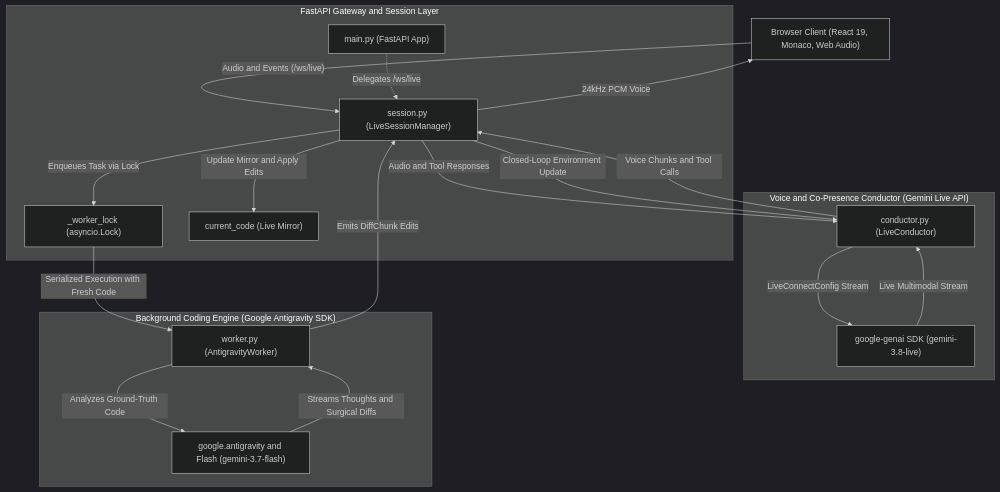
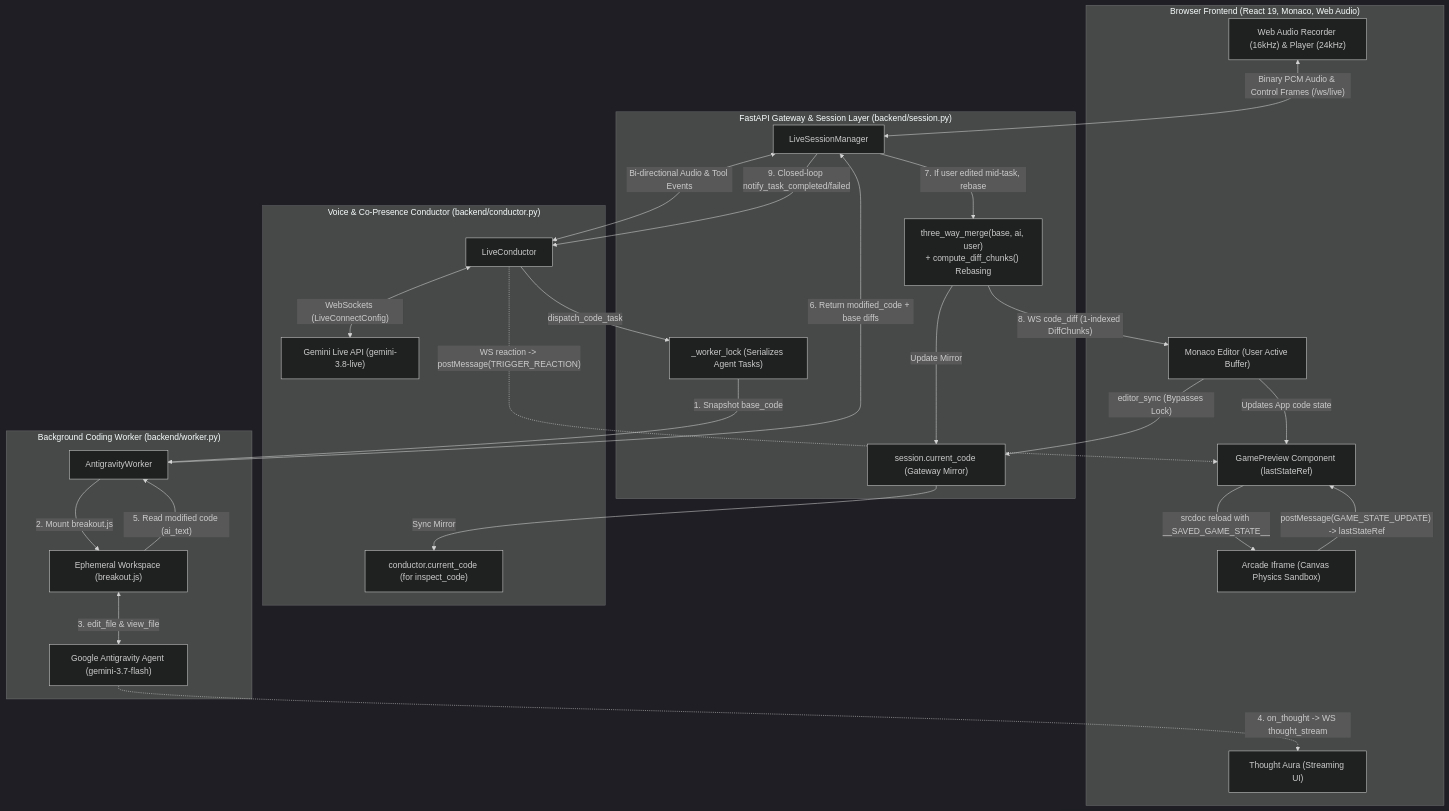
The diagram in BACKEND.md (AndrewMason7/gemini-player-2), drawn with Mermaid (dark theme) before and after one commit. The commit also changed 1 other file, not shown here.

Commit message:
docs(arch): sync BACKEND.md diagram with README and refine exact component hops

````diff
--- a/BACKEND.md
+++ b/BACKEND.md
@@ -19,37 +19,57 @@
 ```mermaid
 flowchart TD
-    Client["Browser Client (React 19, Monaco, Web Audio)"]
-    
-    subgraph Gateway ["FastAPI Gateway and Session Layer"]
-        Main["main.py (FastAPI App)"]
-        Session["session.py (LiveSessionManager)"]
-        Lock["_worker_lock (asyncio.Lock)"]
-        Mirror["current_code (Live Mirror)"]
-    end
-    
-    subgraph ConductorEngine ["Voice and Co-Presence Conductor (Gemini Live API)"]
-        Conductor["conductor.py (LiveConductor)"]
-        GeminiLive["google-genai SDK (gemini-3.8-live)"]
+    subgraph Frontend ["Browser Frontend (React 19, Monaco, Web Audio)"]
+        Monaco["Monaco Editor (User Active Buffer)"]
+        GamePreview["GamePreview Component (lastStateRef)"]
+        ArcadeIframe["Arcade Iframe (Canvas Physics Sandbox)"]
+        ThoughtAura["Thought Aura (Streaming UI)"]
+        AudioIO["Web Audio Recorder (16kHz) & Player (24kHz)"]
     end
 
-    subgraph CodingEngine ["Background Coding Engine (Google Antigravity SDK)"]
-        Worker["worker.py (AntigravityWorker)"]
-        FlashModel["google.antigravity and Flash (gemini-3.7-flash)"]
+    subgraph Gateway ["FastAPI Gateway & Session Layer (backend/session.py)"]
+        Session["LiveSessionManager"]
+        WorkerLock["_worker_lock (Serializes Agent Tasks)"]
+        ThreeWayMerge["three_way_merge(base, ai, user)\n+ compute_diff_chunks() Rebasing"]
+        SessionCode["session.current_code (Gateway Mirror)"]
     end
 
-    Client -->|"Audio and Events (/ws/live)"| Session
-    Session -->|"24kHz PCM Voice"| Client
-    Main -.->|"Delegates /ws/live"| Session
-    Session -->|"Audio and Tool Responses"| Conductor
-    Conductor -->|"Voice Chunks and Tool Calls"| Session
-    Conductor -->|"LiveConnectConfig Stream"| GeminiLive
-    GeminiLive -->|"Live Multimodal Stream"| Conductor
-    
-    Session -->|"Enqueues Task via Lock"| Lock
-    Lock -->|"Serialized Execution with Fresh Code"| Worker
-    Worker -->|"Analyzes Ground-Truth Code"| FlashModel
-    FlashModel -->|"Streams Thoughts and Surgical Diffs"| Worker
-    Worker -->|"Emits DiffChunk Edits"| Session
-    Session -->|"Update Mirror and Apply Edits"| Mirror
-    Session -->|"Closed-Loop Environment Update"| Conductor
+    subgraph ConductorEngine ["Voice & Co-Presence Conductor (backend/conductor.py)"]
+        Conductor["LiveConductor"]
+        ConductorMirror["conductor.current_code (for inspect_code)"]
+        GeminiLive["Gemini Live API (gemini-3.8-live)"]
+    end
+
+    subgraph CodingEngine ["Background Coding Worker (backend/worker.py)"]
+        Worker["AntigravityWorker"]
+        Workspace["Ephemeral Workspace (breakout.js)"]
+        FlashModel["Google Antigravity Agent (gemini-3.7-flash)"]
+    end
+
+    %% User Audio & Interaction Flow
+    AudioIO <-->|"Binary PCM Audio & Control Frames (/ws/live)"| Session
+    Monaco -->|"editor_sync (Bypasses Lock)"| SessionCode
+    SessionCode -->|"Sync Mirror"| ConductorMirror
+
+    %% Conductor & Live Voice Flow
+    Session <-->|"Bi-directional Audio & Tool Events"| Conductor
+    Conductor <-->|"WebSockets (LiveConnectConfig)"| GeminiLive
+
+    %% Worker Execution & Concurrency Rebase Flow
+    Conductor -->|"dispatch_code_task"| WorkerLock
+    WorkerLock -->|"1. Snapshot base_code"| Worker
+    Worker -->|"2. Mount breakout.js"| Workspace
+    Workspace <-->|"3. edit_file & view_file"| FlashModel
+    FlashModel -.->|"4. on_thought -> WS thought_stream"| ThoughtAura
+    Workspace -->|"5. Read modified code (ai_text)"| Worker
+    Worker -->|"6. Return modified_code + base diffs"| Session
+    Session -->|"7. If user edited mid-task, rebase"| ThreeWayMerge
+    ThreeWayMerge -->|"8. WS code_diff (1-indexed DiffChunks)"| Monaco
+    ThreeWayMerge -->|"Update Mirror"| SessionCode
+    Session -->|"9. Closed-loop notify_task_completed/failed"| Conductor
+
+    %% Game Loop & State Restoration
+    Monaco -->|"Updates App code state"| GamePreview
+    GamePreview -->|"srcdoc reload with __SAVED_GAME_STATE__"| ArcadeIframe
+    ArcadeIframe -->|"postMessage(GAME_STATE_UPDATE) -> lastStateRef"| GamePreview
+    Conductor -.->|"WS reaction -> postMessage(TRIGGER_REACTION)"| GamePreview
 ```
````
